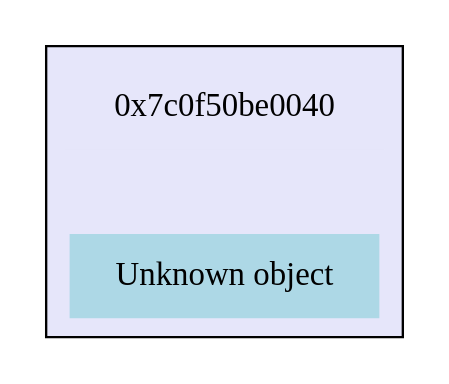
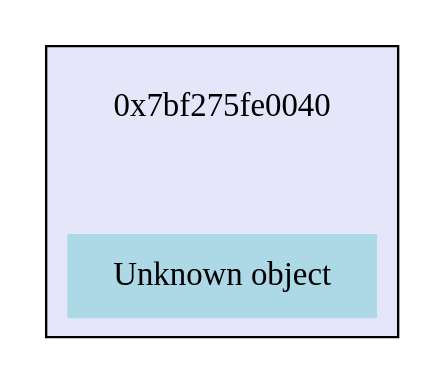
The diagram in files/tree.dot (MasterVAE/MIPT_Akinator), drawn with Graphviz before and after one commit. The commit also changed 6 other files, not shown here.

```diff
--- a/files/tree.dot
+++ b/files/tree.dot
@@ -1,16 +1,16 @@
 digraph G {	 node [shape=plaintext, style="filled"];
 	 rankdir=TB;
-subgraph cluster_0x7c0f50be0040                                     
+subgraph cluster_0x7bf275fe0040                                     
 {                                                       
 	style=filled;                                         
 	rank=0;                                              
 	fillcolor=lavender;                                   
-	"0x7c0f50be0040_address"[label="0x7c0f50be0040",fillcolor="lavender"];  
-	"0x7c0f50be0040_value"[label="Unknown object",fillcolor="lightblue"];   
-	subgraph "0x7c0f50be0040_bottom"                                
+	"0x7bf275fe0040_address"[label="0x7bf275fe0040",fillcolor="lavender"];  
+	"0x7bf275fe0040_value"[label="Unknown object",fillcolor="lightblue"];   
+	subgraph "0x7bf275fe0040_bottom"                                
 	{                                                     
 		 style=invis;                                       
 	}                                                     
-	"0x7c0f50be0040_address"->"0x7c0f50be0040_value"[style=invis,weight=10];  
+	"0x7bf275fe0040_address"->"0x7bf275fe0040_value"[style=invis,weight=10];  
 }                                                       
 }
```
